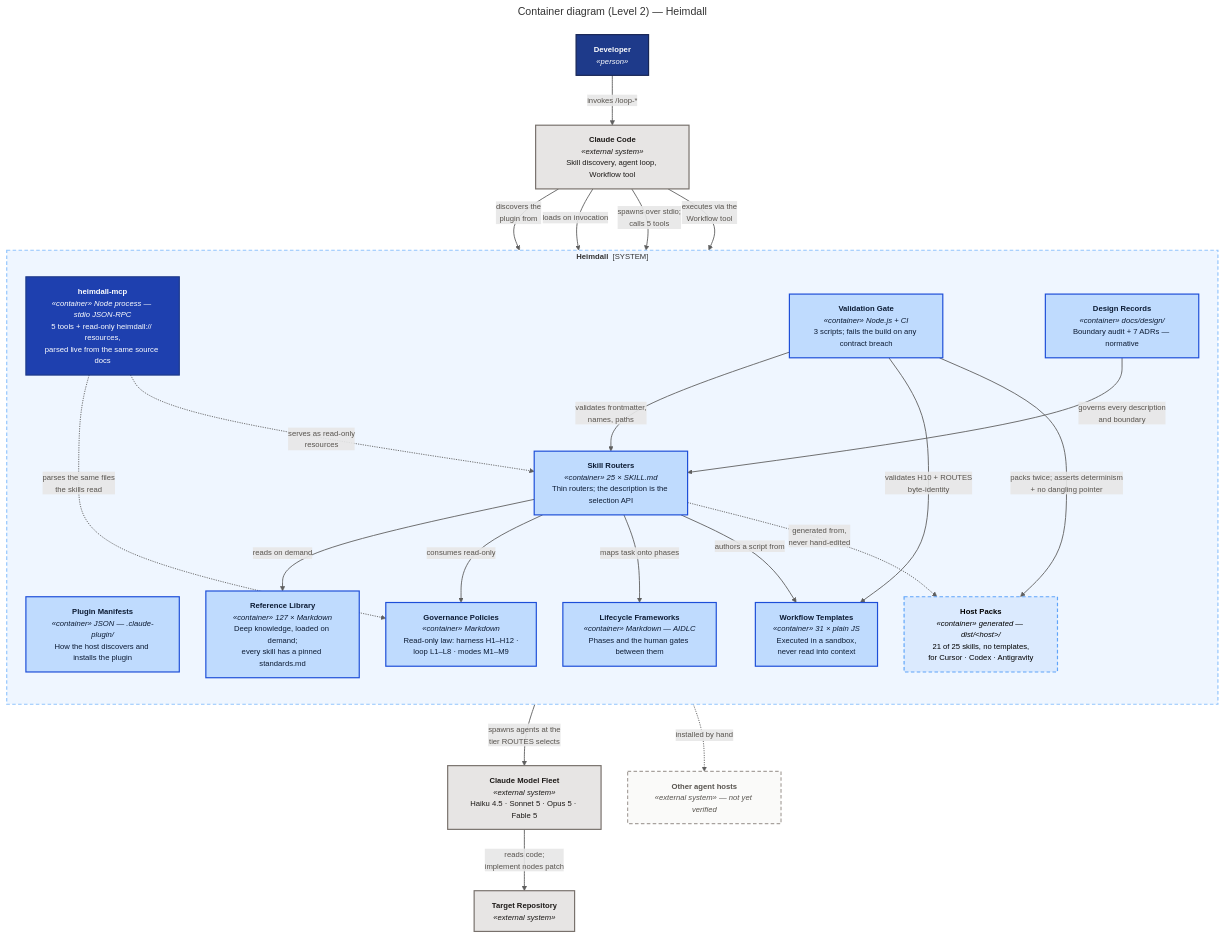
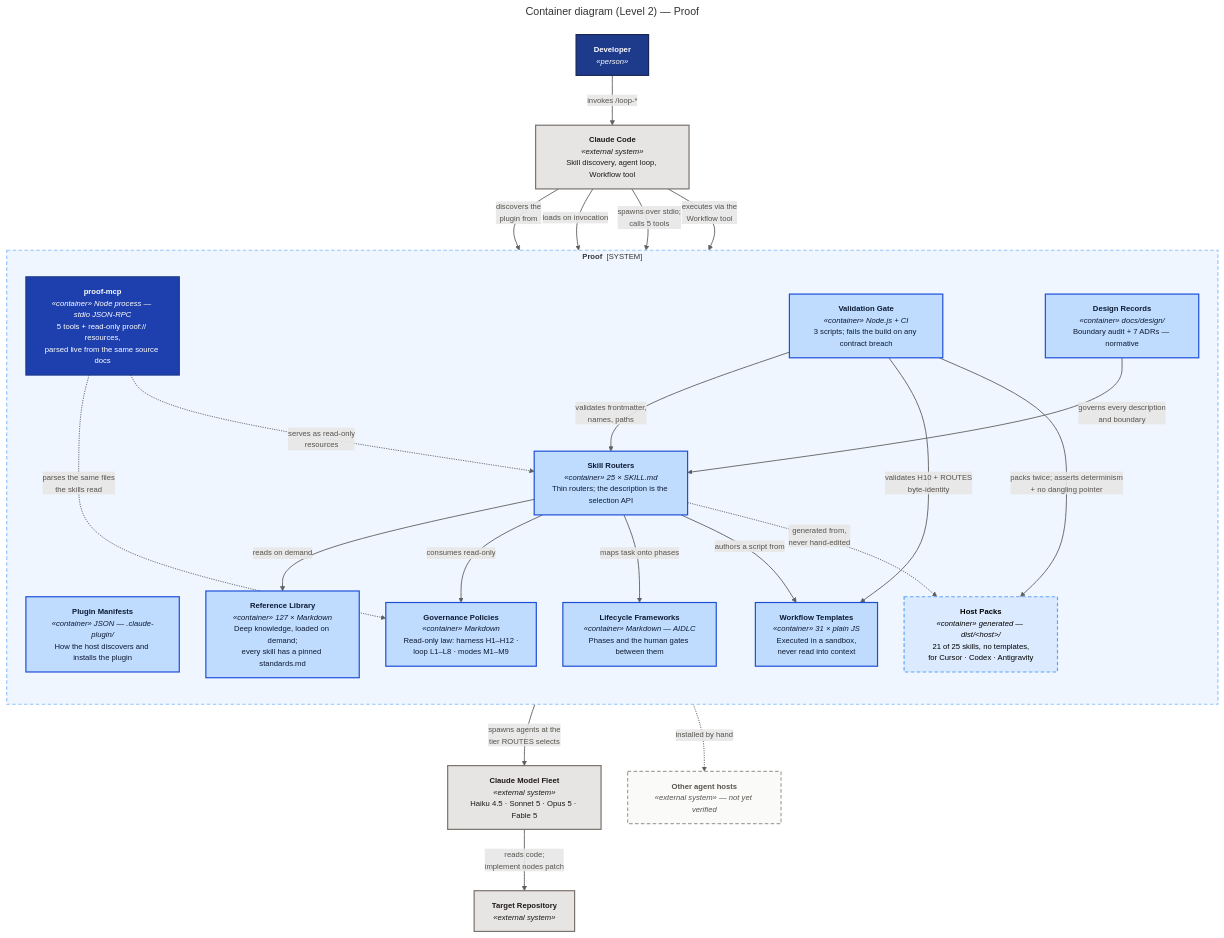
One commit to santapong/Proof changed the diagram in docs/c4/diagrams/src/container.mmd. Above: the diagram before and after it, drawn with Mermaid. The commit also changed 47 other files, not shown here.

First line of the commit message:
chore(rename): Heimdall -> Proof

```diff
--- a/docs/c4/diagrams/src/container.mmd
+++ b/docs/c4/diagrams/src/container.mmd
@@ -1,60 +1,60 @@
 ---
-title: "Container diagram (Level 2) — Heimdall"
+title: "Container diagram (Level 2) — Proof"
 ---
 %%{init: {"flowchart": {"curve": "basis", "nodeSpacing": 45, "rankSpacing": 65}, "themeVariables": {"fontFamily": "Segoe UI, Helvetica, Arial, sans-serif", "fontSize": "13px"}}}%%
 flowchart TB
     dev["<b>Developer</b><br/><i>«person»</i>"]
     cc["<b>Claude Code</b><br/><i>«external system»</i><br/>Skill discovery, agent loop, Workflow tool"]
 
-    subgraph hd["<b>Heimdall</b> &nbsp;[SYSTEM]"]
+    subgraph hd["<b>Proof</b> &nbsp;[SYSTEM]"]
         direction TB
         manifest["<b>Plugin Manifests</b><br/><i>«container» JSON — .claude-plugin/</i><br/>How the host discovers and installs the plugin"]
         routers["<b>Skill Routers</b><br/><i>«container» 25 × SKILL.md</i><br/>Thin routers; the description is the selection API"]
         refs["<b>Reference Library</b><br/><i>«container» 127 × Markdown</i><br/>Deep knowledge, loaded on demand;<br/>every skill has a pinned standards.md"]
         templates["<b>Workflow Templates</b><br/><i>«container» 31 × plain JS</i><br/>Executed in a sandbox,<br/>never read into context"]
         policy["<b>Governance Policies</b><br/><i>«container» Markdown</i><br/>Read-only law: harness H1–H12 ·<br/>loop L1–L8 · modes M1–M9"]
         frameworks["<b>Lifecycle Frameworks</b><br/><i>«container» Markdown — AIDLC</i><br/>Phases and the human gates between them"]
         design["<b>Design Records</b><br/><i>«container» docs/design/</i><br/>Boundary audit + 7 ADRs — normative"]
-        mcp["<b>heimdall-mcp</b><br/><i>«container» Node process — stdio JSON-RPC</i><br/>5 tools + read-only heimdall:// resources,<br/>parsed live from the same source docs"]
+        mcp["<b>proof-mcp</b><br/><i>«container» Node process — stdio JSON-RPC</i><br/>5 tools + read-only proof:// resources,<br/>parsed live from the same source docs"]
         gate["<b>Validation Gate</b><br/><i>«container» Node.js + CI</i><br/>3 scripts; fails the build on any contract breach"]
         packs["<b>Host Packs</b><br/><i>«container» generated — dist/&lt;host&gt;/</i><br/>21 of 25 skills, no templates,<br/>for Cursor · Codex · Antigravity"]
     end
 
     fleet["<b>Claude Model Fleet</b><br/><i>«external system»</i><br/>Haiku 4.5 · Sonnet 5 · Opus 5 · Fable 5"]
     repo["<b>Target Repository</b><br/><i>«external system»</i>"]
     hosts["<b>Other agent hosts</b><br/><i>«external system» — not yet verified</i>"]
 
     dev -- "invokes /loop-*" --> cc
     cc -- "discovers the<br/>plugin from" --> manifest
     cc -- "loads on invocation" --> routers
     cc -- "spawns over stdio;<br/>calls 5 tools" --> mcp
     routers -- "reads on demand" --> refs
     routers -- "consumes read-only" --> policy
     routers -- "maps task onto phases" --> frameworks
     routers -- "authors a script from" --> templates
     cc -- "executes via the<br/>Workflow tool" --> templates
     templates -- "spawns agents at the<br/>tier ROUTES selects" --> fleet
     fleet -- "reads code;<br/>implement nodes patch" --> repo
     mcp -. "parses the same files<br/>the skills read" .-> policy
     mcp -. "serves as read-only<br/>resources" .-> routers
     gate -- "validates frontmatter,<br/>names, paths" --> routers
     gate -- "validates H10 + ROUTES<br/>byte-identity" --> templates
     gate -- "packs twice; asserts determinism<br/>+ no dangling pointer" --> packs
     design -- "governs every description<br/>and boundary" --> routers
     routers -. "generated from,<br/>never hand-edited" .-> packs
     packs -. "installed by hand" .-> hosts
 
     classDef person fill:#1E3A8A,stroke:#172554,stroke-width:2px,color:#fff
     classDef container fill:#BFDBFE,stroke:#1D4ED8,stroke-width:2px,color:#0C1B33
     classDef process fill:#1E40AF,stroke:#1E3A8A,stroke-width:2px,color:#fff
     classDef generated fill:#DBEAFE,stroke:#60A5FA,stroke-width:2px,stroke-dasharray:6 4,color:#000
     classDef ext fill:#E7E5E4,stroke:#78716C,stroke-width:2px,color:#1C1917
     classDef planned fill:#FAFAF9,stroke:#A8A29E,stroke-width:2px,stroke-dasharray:6 4,color:#57534E
     class dev person
     class manifest,routers,refs,templates,policy,frameworks,design,gate container
     class mcp process
     class packs generated
     class cc,fleet,repo ext
     class hosts planned
     style hd fill:#EFF6FF,stroke:#93C5FD,stroke-width:2px,stroke-dasharray:6 4
     linkStyle default stroke:#5F5F5F,stroke-width:1.5px,color:#57534E
```
